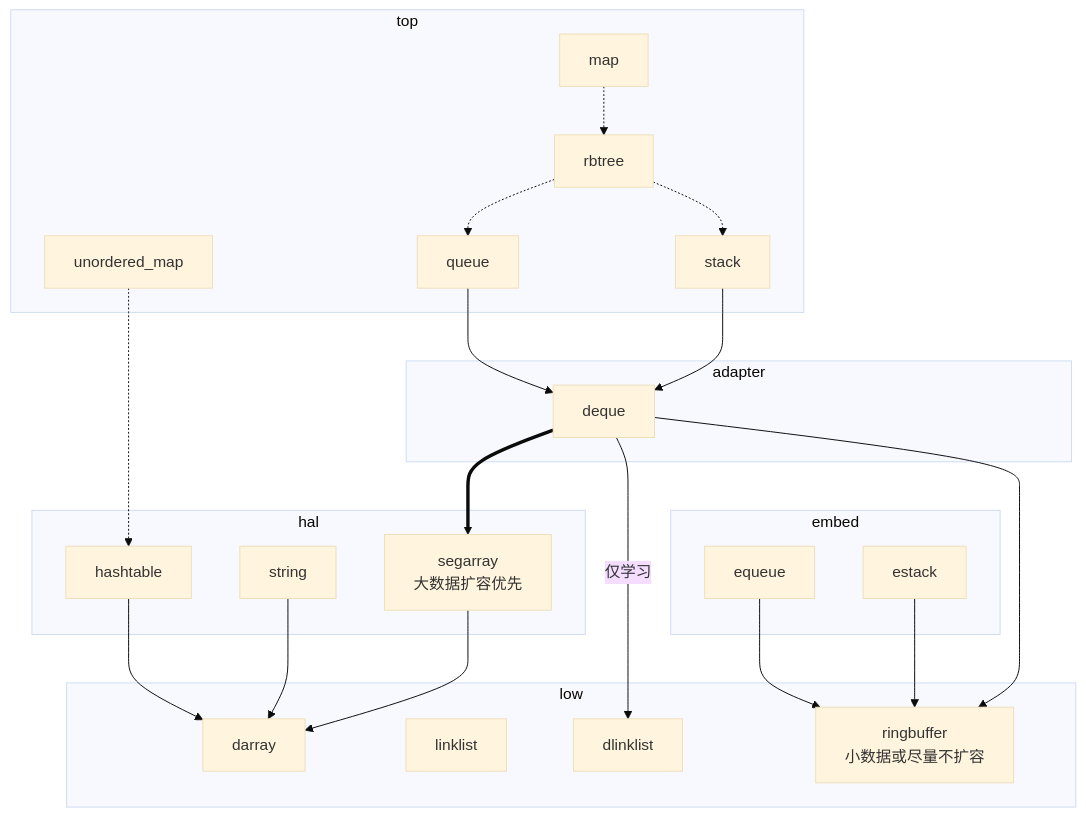
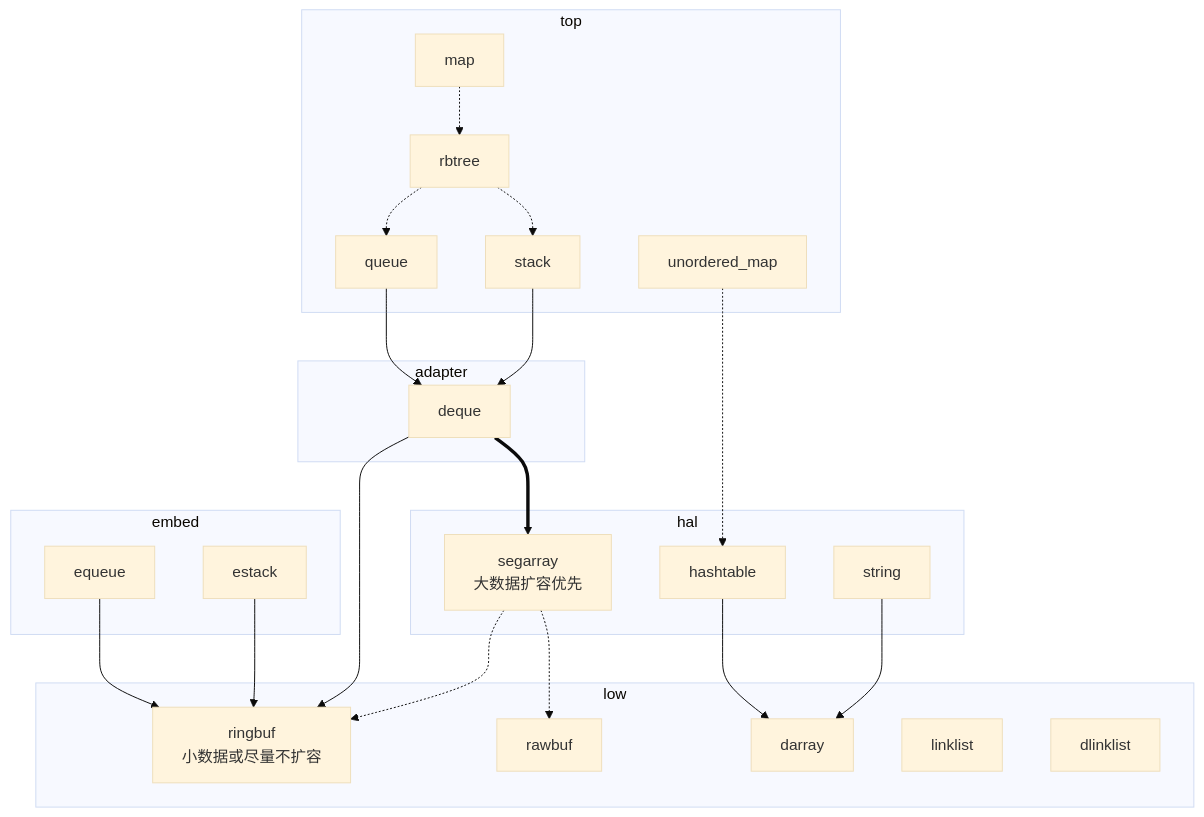
Before and after one commit to Orig5826/unicstl: the diagram in README.md, drawn with Mermaid (base theme). The commit also changed other lines of this file and 10 other files, not shown here.

````diff
--- a/README.md
+++ b/README.md
@@ -21,37 +21,42 @@
 ```mermaid
 flowchart TB
     subgraph low
+        ringbuf[ringbuf<br>小数据或尽量不扩容]
+        rawbuf
+        
         darray
         linklist
         dlinklist
-        ringbuffer[ringbuffer<br>小数据或尽量不扩容]
     end
 
     subgraph hal
-        segarray[segarray<br>大数据扩容优先] --> darray
+        segarray[segarray<br>大数据扩容优先]
+
+        segarray -.-> ringbuf
+        segarray -.-> rawbuf
+
         string --> darray
         hashtable --> darray
     end
 
     subgraph adapter
-        deque -->|仅学习| dlinklist
         deque ==> segarray
-        deque --> ringbuffer
+        deque --> ringbuf
     end
 
     subgraph top
         stack --> deque
         queue --> deque
 
         rbtree -.-> stack
         rbtree -.-> queue
 
         map -.-> rbtree
         unordered_map -.-> hashtable
     end
 
     subgraph embed
-        estack --> ringbuffer
-        equeue --> ringbuffer
+        estack --> ringbuf
+        equeue --> ringbuf
     end
 ```
````
